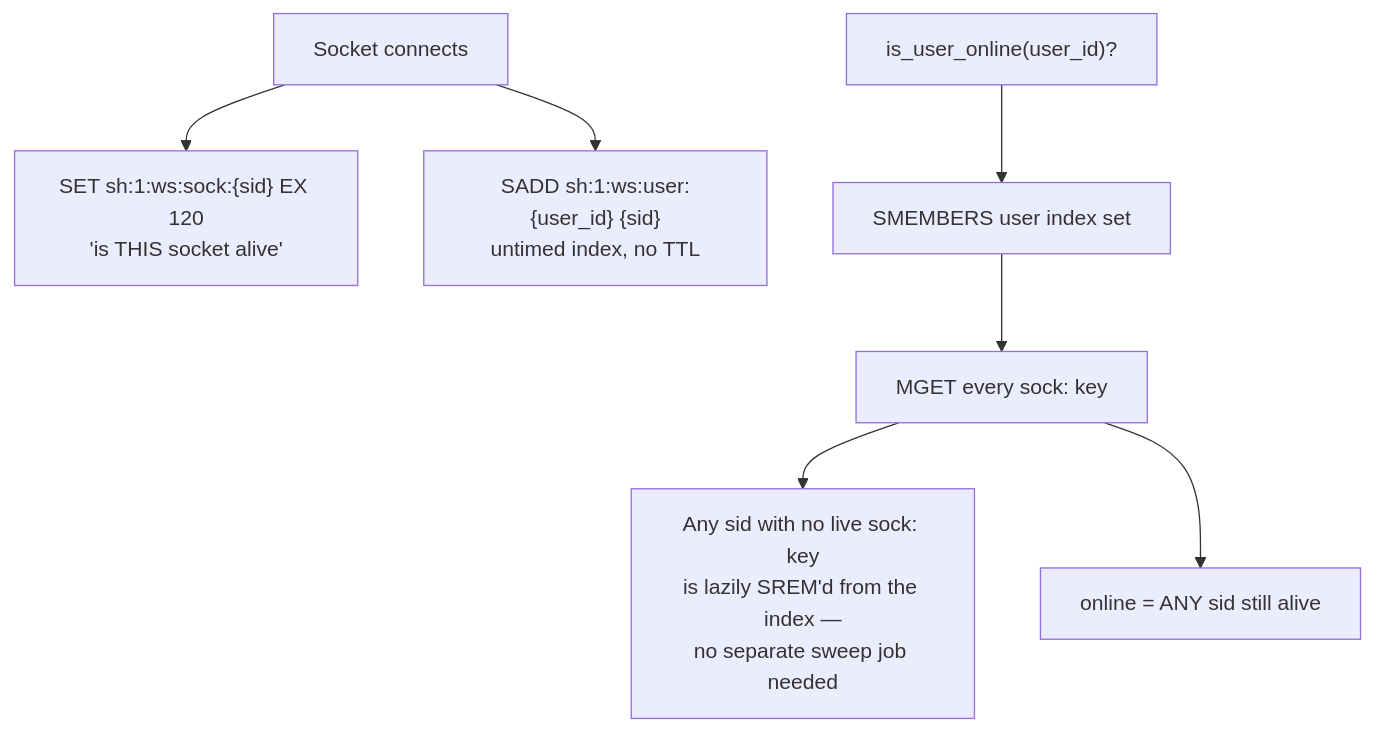
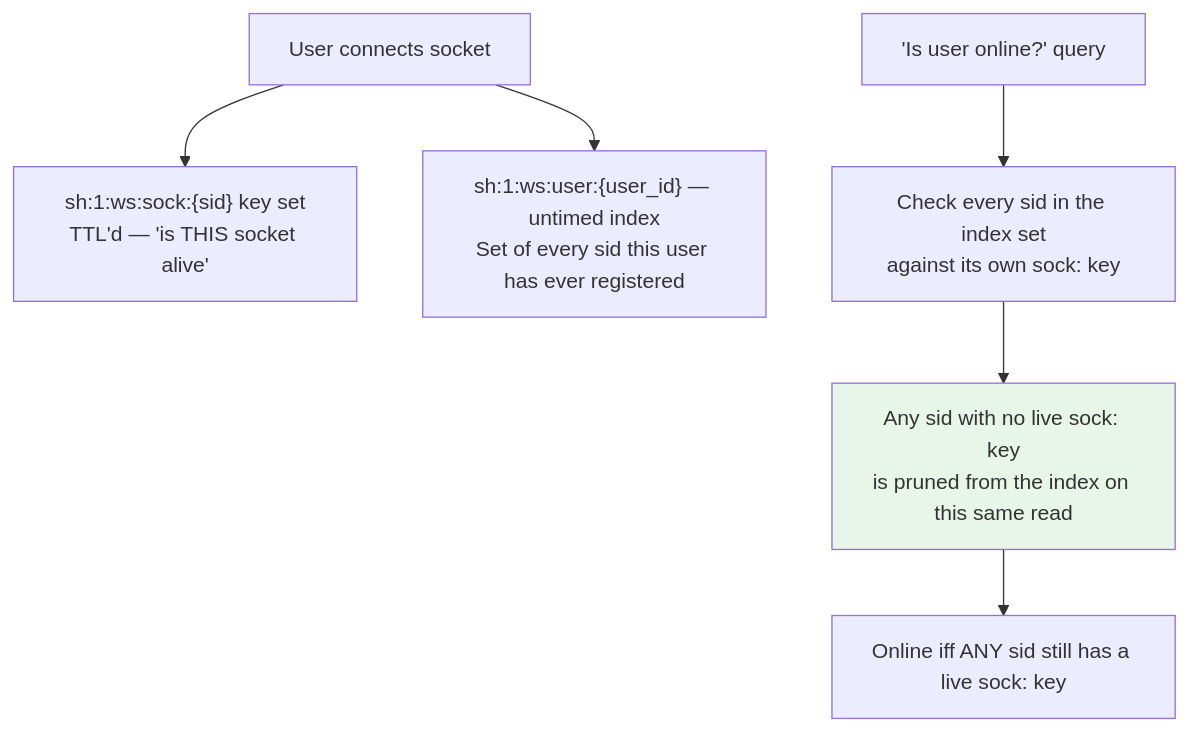
Diagram 14 of 14 in ARCHITECTURE.md (Devpaul-01/StudyHub), drawn with Mermaid before and after one commit. The commit also changed other lines of this file and 18 other files, not shown here.

````diff
--- a/ARCHITECTURE.md
+++ b/ARCHITECTURE.md
@@ -342,9 +597,11 @@
 ```mermaid
-flowchart TD
-    Connect["Socket connects"] --> SockKey["SET sh:1:ws:sock:{sid} EX 120<br/>'is THIS socket alive'"]
-    Connect --> IndexKey["SADD sh:1:ws:user:{user_id} {sid}<br/>untimed index, no TTL"]
-    Query["is_user_online(user_id)?"] --> ReadIndex["SMEMBERS user index set"]
-    ReadIndex --> CheckEach["MGET every sock: key"]
-    CheckEach --> Prune["Any sid with no live sock: key<br/>is lazily SREM'd from the index —<br/>no separate sweep job needed"]
-    CheckEach --> Answer["online = ANY sid still alive"]
+flowchart TB
+    CONNECT["User connects socket"] --> SOCK["sh:1:ws:sock:{sid} key set<br/>TTL'd — 'is THIS socket alive'"]
+    CONNECT --> INDEX["sh:1:ws:user:{user_id} — untimed index<br/>Set of every sid this user has ever registered"]
+
+    QUERY["'Is user online?' query"] --> CHECK["Check every sid in the index set<br/>against its own sock: key"]
+    CHECK --> HEAL["Any sid with no live sock: key<br/>is pruned from the index on this same read"]
+    HEAL --> RESULT["Online iff ANY sid still has a live sock: key"]
+
+    style HEAL fill:#e8f5e9
 ```
````
